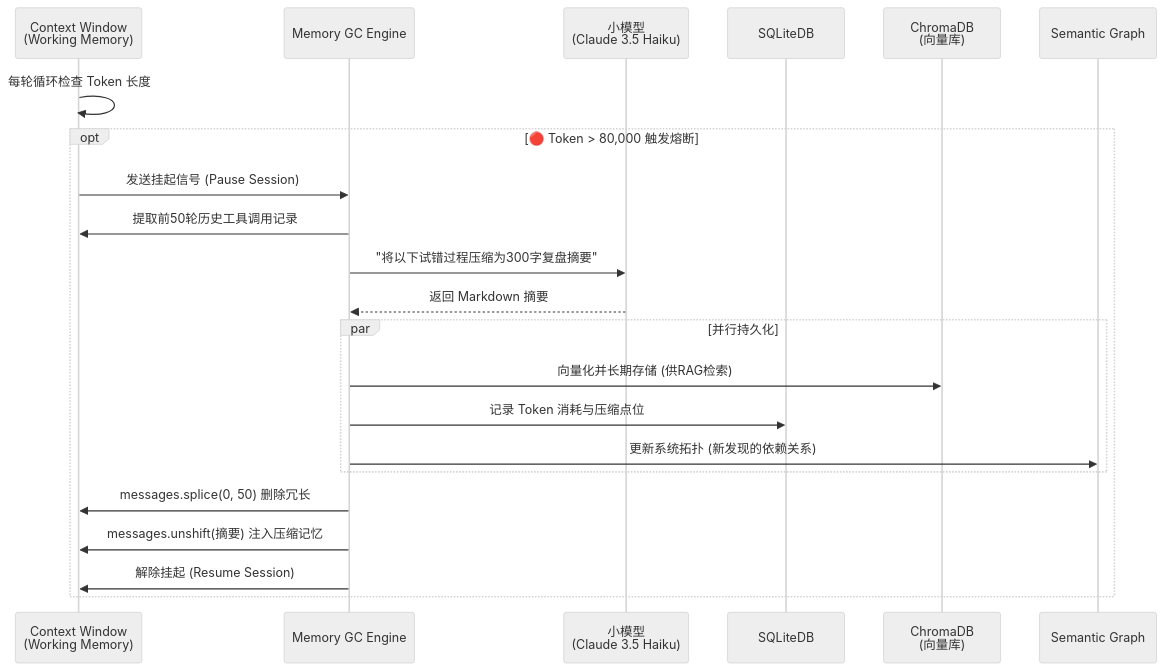
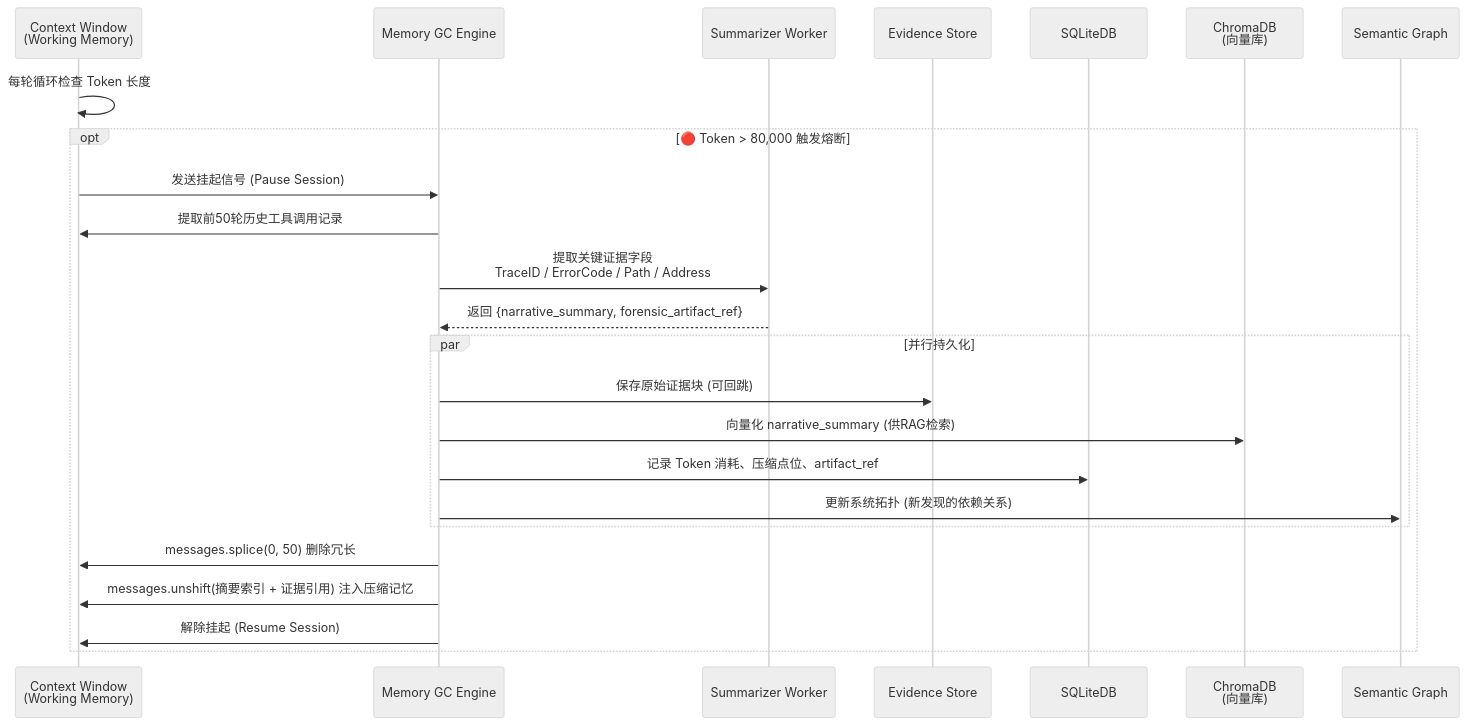
Before and after one commit to Yidhar/Embla_System: the third of 12 diagrams in doc/00-omni-operator-architecture.md, drawn with Mermaid (neutral theme). The commit also changed other lines of this file and 13 other files, not shown here.

Commit message:
docs: refresh architecture specs and security blindspot baseline

````diff
--- a/doc/00-omni-operator-architecture.md
+++ b/doc/00-omni-operator-architecture.md
@@ -317,29 +319,31 @@
 ```mermaid
 sequenceDiagram
     participant CTX as Context Window<br/>(Working Memory)
     participant GC as Memory GC Engine
-    participant Haiku as 小模型<br/>(Claude 3.5 Haiku)
+    participant SUM as Summarizer Worker
+    participant EVID as Evidence Store
     participant SQLite as SQLiteDB
     participant Chroma as ChromaDB<br/>(向量库)
     participant Graph as Semantic Graph
 
     CTX->>CTX: 每轮循环检查 Token 长度
 
     opt 🔴 Token > 80,000 触发熔断
         CTX->>GC: 发送挂起信号 (Pause Session)
         GC->>CTX: 提取前50轮历史工具调用记录
 
-        GC->>Haiku: "将以下试错过程压缩为300字复盘摘要"
-        Haiku-->>GC: 返回 Markdown 摘要
+        GC->>SUM: 提取关键证据字段<br/>TraceID / ErrorCode / Path / Address
+        SUM-->>GC: 返回 {narrative_summary, forensic_artifact_ref}
 
         par 并行持久化
-            GC->>Chroma: 向量化并长期存储 (供RAG检索)
-            GC->>SQLite: 记录 Token 消耗与压缩点位
+            GC->>EVID: 保存原始证据块 (可回跳)
+            GC->>Chroma: 向量化 narrative_summary (供RAG检索)
+            GC->>SQLite: 记录 Token 消耗、压缩点位、artifact_ref
             GC->>Graph: 更新系统拓扑 (新发现的依赖关系)
         end
 
         GC->>CTX: messages.splice(0, 50) 删除冗长
-        GC->>CTX: messages.unshift(摘要) 注入压缩记忆
+        GC->>CTX: messages.unshift(摘要索引 + 证据引用) 注入压缩记忆
         GC->>CTX: 解除挂起 (Resume Session)
     end
 ```
````
